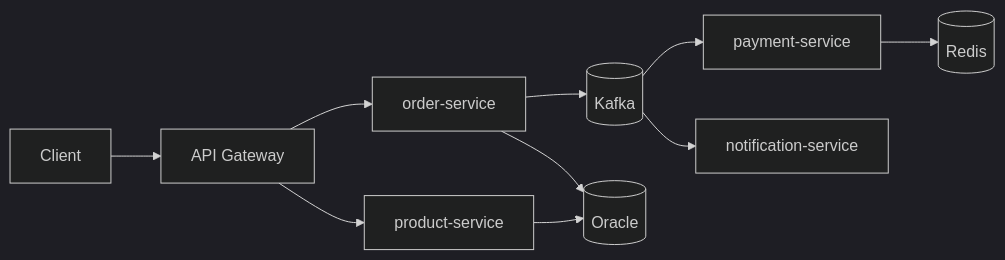
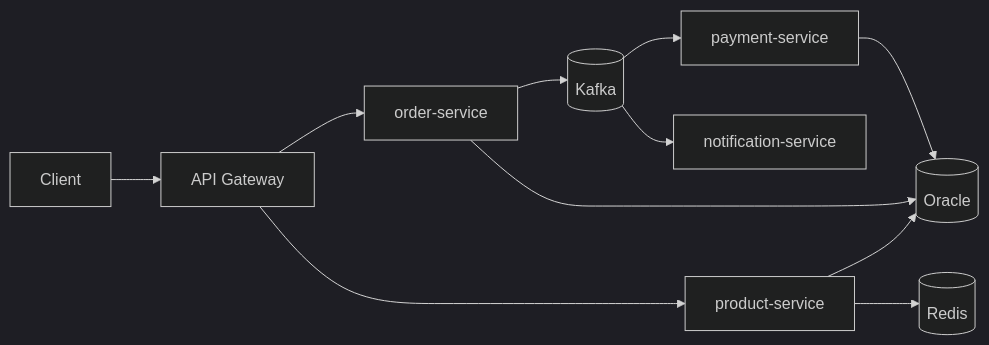
Before and after one commit to AfifRana/sandbox: the diagram in docs/notes.md, drawn with Mermaid (dark theme). The commit also changed other lines of this file and 3 other files, not shown here.

````diff
--- a/docs/notes.md
+++ b/docs/notes.md
@@ -97,12 +97,13 @@
 ```mermaid
 graph LR
     Client --> GW[API Gateway]
     GW --> ORD[order-service]
     GW --> PROD[product-service]
     ORD --> K[(Kafka)]
     K --> PAY[payment-service]
     K --> NOTIF[notification-service]
     ORD --> O[(Oracle)]
     PROD --> O
-    PAY --> R[(Redis)]
+    PAY --> O
+    PROD --> R[(Redis)]
 ```
````
